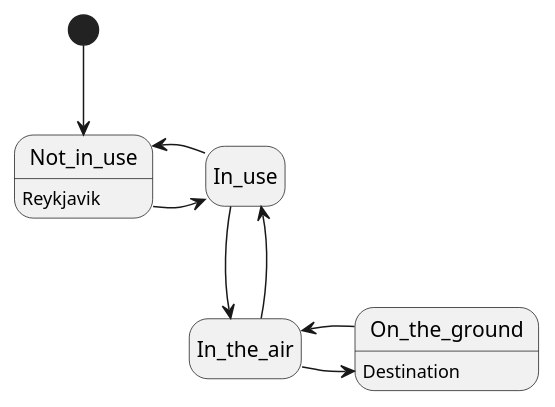
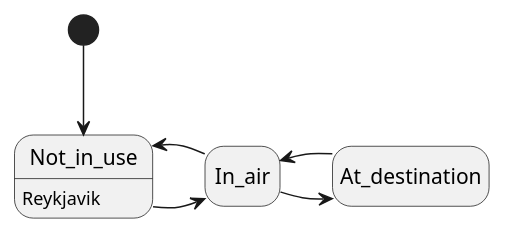
The diagram in design/state_diagrams/State_Diagram_Airplane.puml (irmalexandra/vln1_chuck_nan), drawn with PlantUML before and after one commit. The commit also changed other lines of this file and 3 other files, not shown here.

Commit message:
state diagrams

```diff
--- a/design/state_diagrams/State_Diagram_Airplane.puml
+++ b/design/state_diagrams/State_Diagram_Airplane.puml
@@ -1,14 +1,11 @@
 @startuml airplane
 hide empty description
 
 [*] --> Not_in_use
-Not_in_use -> In_use
-In_use --> In_the_air
-In_use -> Not_in_use
+Not_in_use -> In_air 
+In_air -> Not_in_use 
 Not_in_use : Reykjavik
-On_the_ground : Destination
-In_the_air -> In_use
-In_the_air -> On_the_ground
-On_the_ground -> In_the_air
+In_air -> At_destination 
+At_destination -> In_air 
 
 @enduml
```
